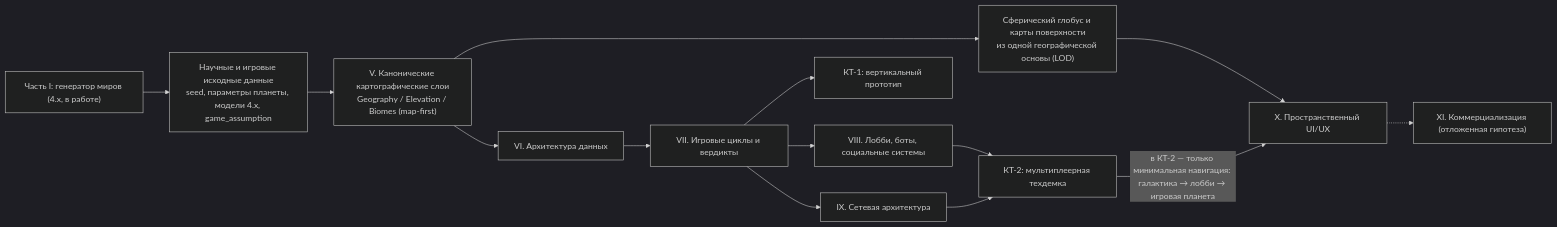
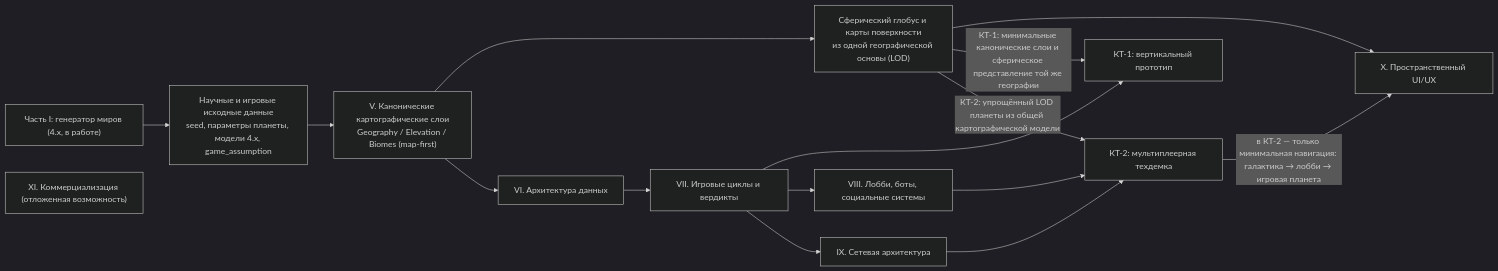
The second of 2 diagrams in docs/science/IMPLEMENTATION_ROADMAP.md (Mrcoolzbs-ai/evowars), drawn with Mermaid (dark theme) before and after one commit. The commit also changed other lines of this file, not shown here.

Commit message:
Roadmap: decouple deferred commercialization (XI) from graph; show KT-1/KT-2 cartographic dependencies (VIEW -> P1/P2); move commercial open questions to XI

````diff
--- a/docs/science/IMPLEMENTATION_ROADMAP.md
+++ b/docs/science/IMPLEMENTATION_ROADMAP.md
@@ -1052,16 +1052,18 @@
 ```mermaid
 graph LR
   IV["Часть I: генератор миров (4.x, в работе)"] --> SRC["Научные и игровые исходные данные<br/>seed, параметры планеты, модели 4.x, game_assumption"]
   SRC --> MAPS["V. Канонические картографические слои<br/>Geography / Elevation / Biomes (map-first)"]
   MAPS --> VIEW["Сферический глобус и карты поверхности<br/>из одной географической основы (LOD)"]
   VIEW --> X["X. Пространственный UI/UX"]
   MAPS --> VI["VI. Архитектура данных"]
   VI --> VII["VII. Игровые циклы и вердикты"]
   VII --> P1["КТ-1: вертикальный прототип"]
   VII --> VIII["VIII. Лобби, боты, социальные системы"]
   VII --> IX["IX. Сетевая архитектура"]
   VIII --> P2["КТ-2: мультиплеерная техдемка"]
   IX --> P2
+  VIEW -->|"КТ-1: минимальные канонические слои и сферическое представление той же географии"| P1
+  VIEW -->|"КТ-2: упрощённый LOD планеты из общей картографической модели"| P2
   P2 -->|"в КТ-2 — только минимальная навигация: галактика → лобби → игровая планета"| X
-  X -.-> XI["XI. Коммерциализация (отложенная гипотеза)"]
+  XI["XI. Коммерциализация (отложенная возможность)"]
 ```
````
